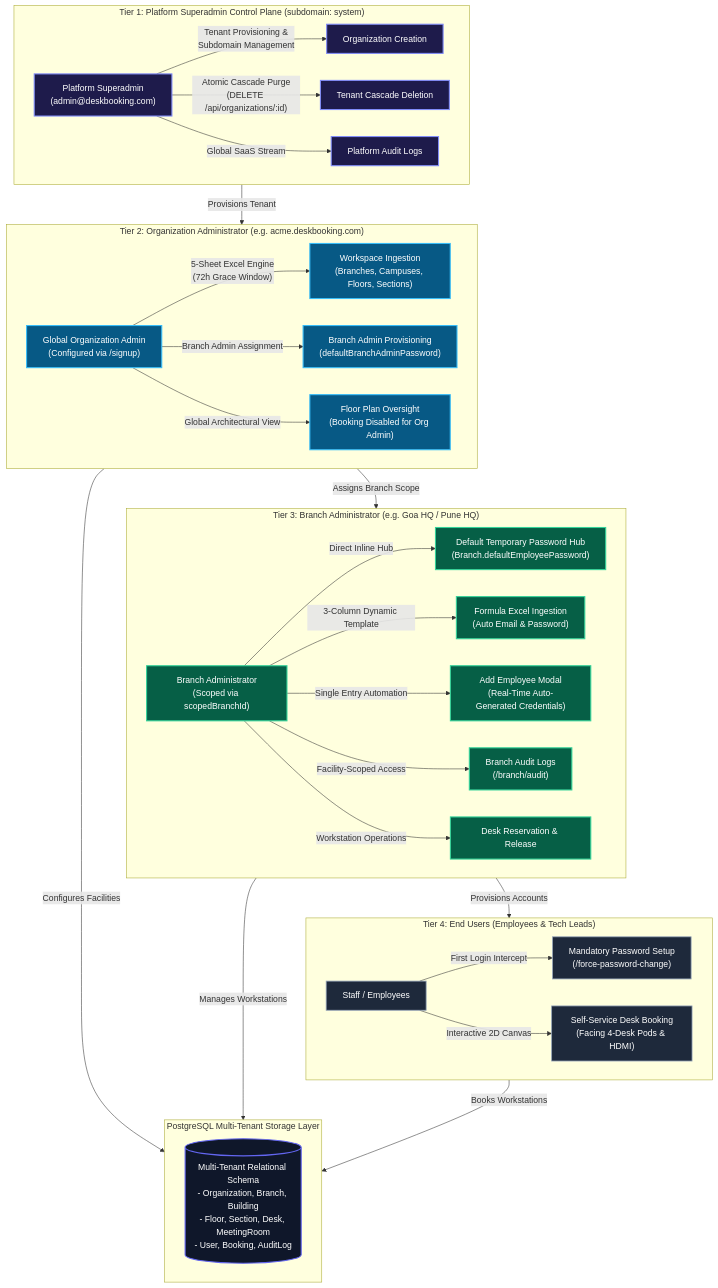
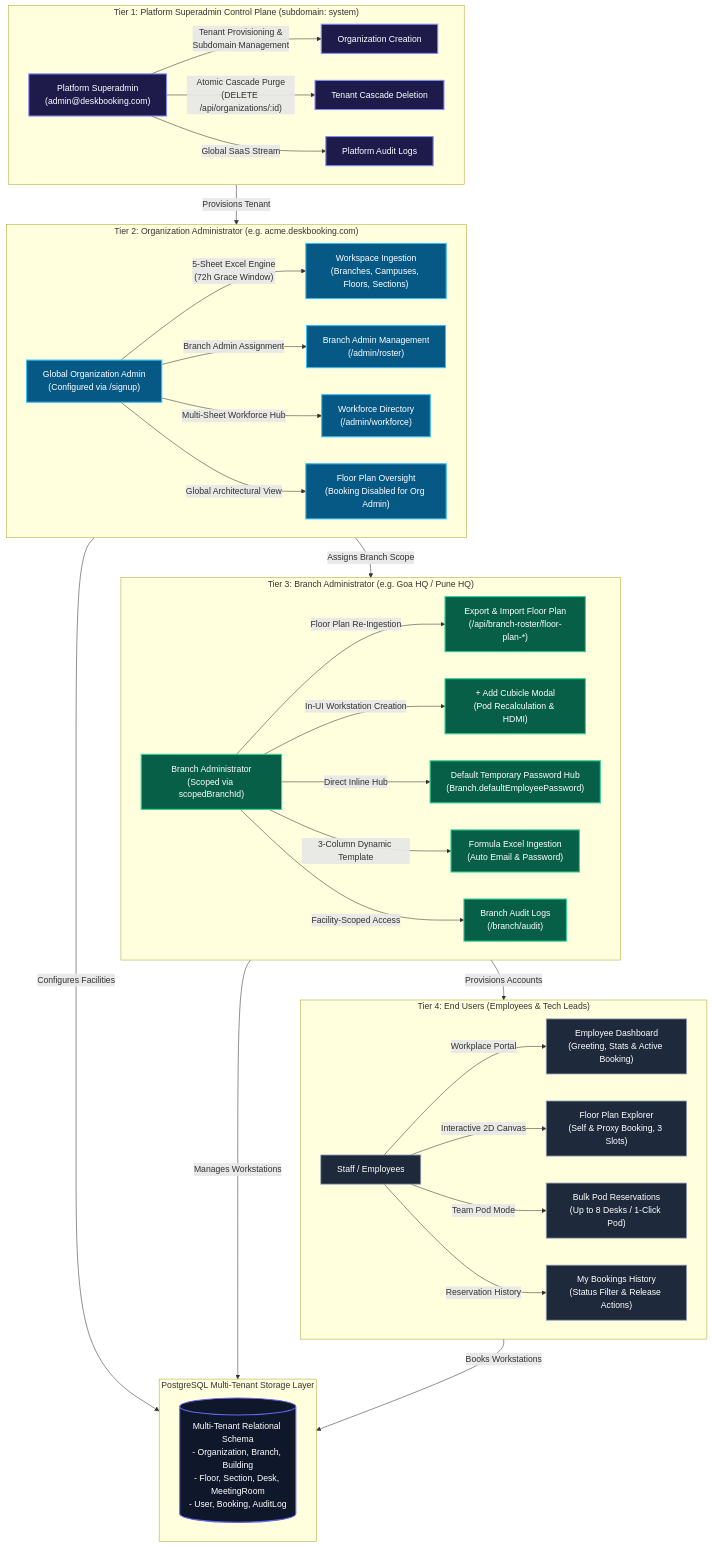
One commit to swayamprabhu2005/MultiTenant-OfflineFirst-Desk-Booking changed the diagram in README.md. Above: the diagram before and after it, drawn with Mermaid. The commit also changed other lines of this file, not shown here.

Commit message:
Update system architecture documentation and plan walkthrough

````diff
--- a/README.md
+++ b/README.md
@@ -9,48 +9,51 @@
 ```mermaid
 flowchart TD
     classDef platform fill:#1e1b4b,stroke:#818cf8,stroke-width:2px,color:#ffffff;
     classDef org fill:#075985,stroke:#38bdf8,stroke-width:2px,color:#ffffff;
     classDef branch fill:#065f46,stroke:#34d399,stroke-width:2px,color:#ffffff;
     classDef employee fill:#1e293b,stroke:#94a3b8,stroke-width:1.5px,color:#ffffff;
     classDef database fill:#0f172a,stroke:#6366f1,stroke-width:2px,color:#ffffff;
 
     subgraph Tier1["Tier 1: Platform Superadmin Control Plane (subdomain: system)"]
         SA["Platform Superadmin\n(admin@deskbooking.com)"]:::platform
         SA -->|"Tenant Provisioning &\nSubdomain Management"| OP["Organization Creation"]:::platform
         SA -->|"Atomic Cascade Purge\n(DELETE /api/organizations/:id)"| CP["Tenant Cascade Deletion"]:::platform
         SA -->|"Global SaaS Stream"| AL1["Platform Audit Logs"]:::platform
     end
 
     subgraph Tier2["Tier 2: Organization Administrator (e.g. acme.deskbooking.com)"]
         OA["Global Organization Admin\n(Configured via /signup)"]:::org
         OA -->|"5-Sheet Excel Engine\n(72h Grace Window)"| WS["Workspace Ingestion\n(Branches, Campuses, Floors, Sections)"]:::org
-        OA -->|"Branch Admin Assignment"| BA_Prov["Branch Admin Provisioning\n(defaultBranchAdminPassword)"]:::org
+        OA -->|"Branch Admin Assignment"| BA_Prov["Branch Admin Management\n(/admin/roster)"]:::org
+        OA -->|"Multi-Sheet Workforce Hub"| WF["Workforce Directory\n(/admin/workforce)"]:::org
         OA -->|"Global Architectural View"| FP_Oversight["Floor Plan Oversight\n(Booking Disabled for Org Admin)"]:::org
     end
 
     subgraph Tier3["Tier 3: Branch Administrator (e.g. Goa HQ / Pune HQ)"]
         BA["Branch Administrator\n(Scoped via scopedBranchId)"]:::branch
+        BA -->|"Floor Plan Re-Ingestion"| FP_EXP["Export & Import Floor Plan\n(/api/branch-roster/floor-plan-*)"]:::branch
+        BA -->|"In-UI Workstation Creation"| ADD_CUB["+ Add Cubicle Modal\n(Pod Recalculation & HDMI)"]:::branch
         BA -->|"Direct Inline Hub"| PWD_HUB["Default Temporary Password Hub\n(Branch.defaultEmployeePassword)"]:::branch
         BA -->|"3-Column Dynamic Template"| BATCH["Formula Excel Ingestion\n(Auto Email & Password)"]:::branch
-        BA -->|"Single Entry Automation"| ADD_EMP["Add Employee Modal\n(Real-Time Auto-Generated Credentials)"]:::branch
         BA -->|"Facility-Scoped Access"| BA_AUDIT["Branch Audit Logs\n(/branch/audit)"]:::branch
-        BA -->|"Workstation Operations"| DESK_MGMT["Desk Reservation & Release"]:::branch
     end
 
     subgraph Tier4["Tier 4: End Users (Employees & Tech Leads)"]
         EMP["Staff / Employees"]:::employee
-        EMP -->|"First Login Intercept"| PWD_RESET["Mandatory Password Setup\n(/force-password-change)"]:::employee
-        EMP -->|"Interactive 2D Canvas"| BOOKING["Self-Service Desk Booking\n(Facing 4-Desk Pods & HDMI)"]:::employee
+        EMP -->|"Workplace Portal"| DASH["Employee Dashboard\n(Greeting, Stats & Active Booking)"]:::employee
+        EMP -->|"Interactive 2D Canvas"| BOOKING["Floor Plan Explorer\n(Self & Proxy Booking, 3 Slots)"]:::employee
+        EMP -->|"Team Pod Mode"| BULK["Bulk Pod Reservations\n(Up to 8 Desks / 1-Click Pod)"]:::employee
+        EMP -->|"Reservation History"| MY_BK["My Bookings History\n(Status Filter & Release Actions)"]:::employee
     end
 
     subgraph Storage["PostgreSQL Multi-Tenant Storage Layer"]
         DB[("Multi-Tenant Relational Schema\n- Organization, Branch, Building\n- Floor, Section, Desk, MeetingRoom\n- User, Booking, AuditLog")]:::database
     end
 
     Tier1 -->|"Provisions Tenant"| Tier2
     Tier2 -->|"Configures Facilities"| Storage
     Tier2 -->|"Assigns Branch Scope"| Tier3
     Tier3 -->|"Provisions Accounts"| Tier4
     Tier3 -->|"Manages Workstations"| Storage
     Tier4 -->|"Books Workstations"| Storage
 ```
````
